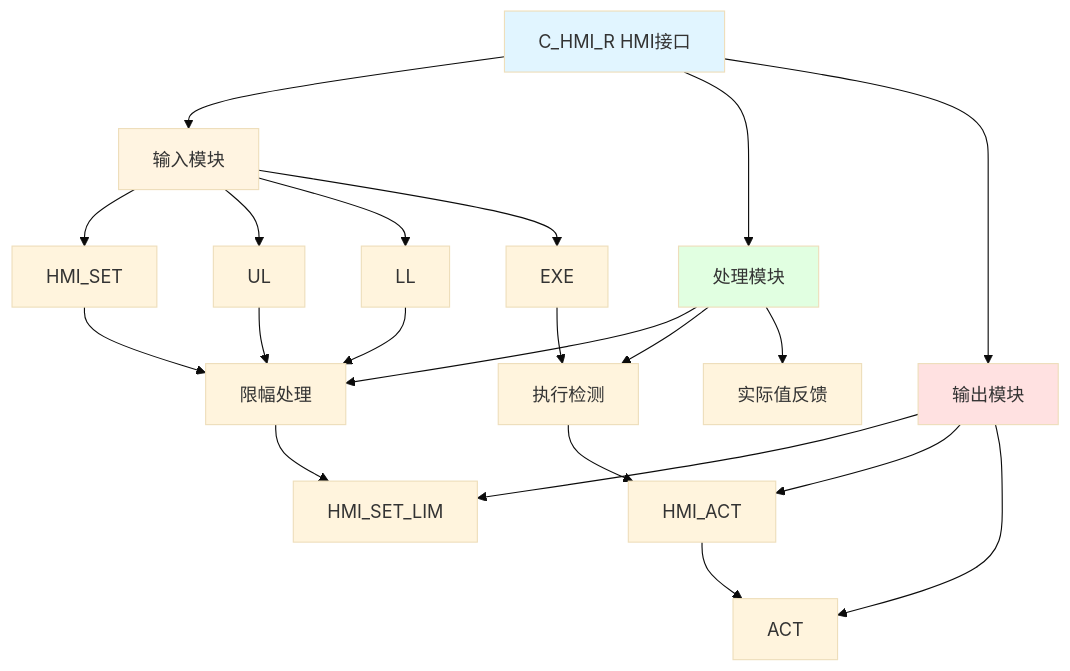
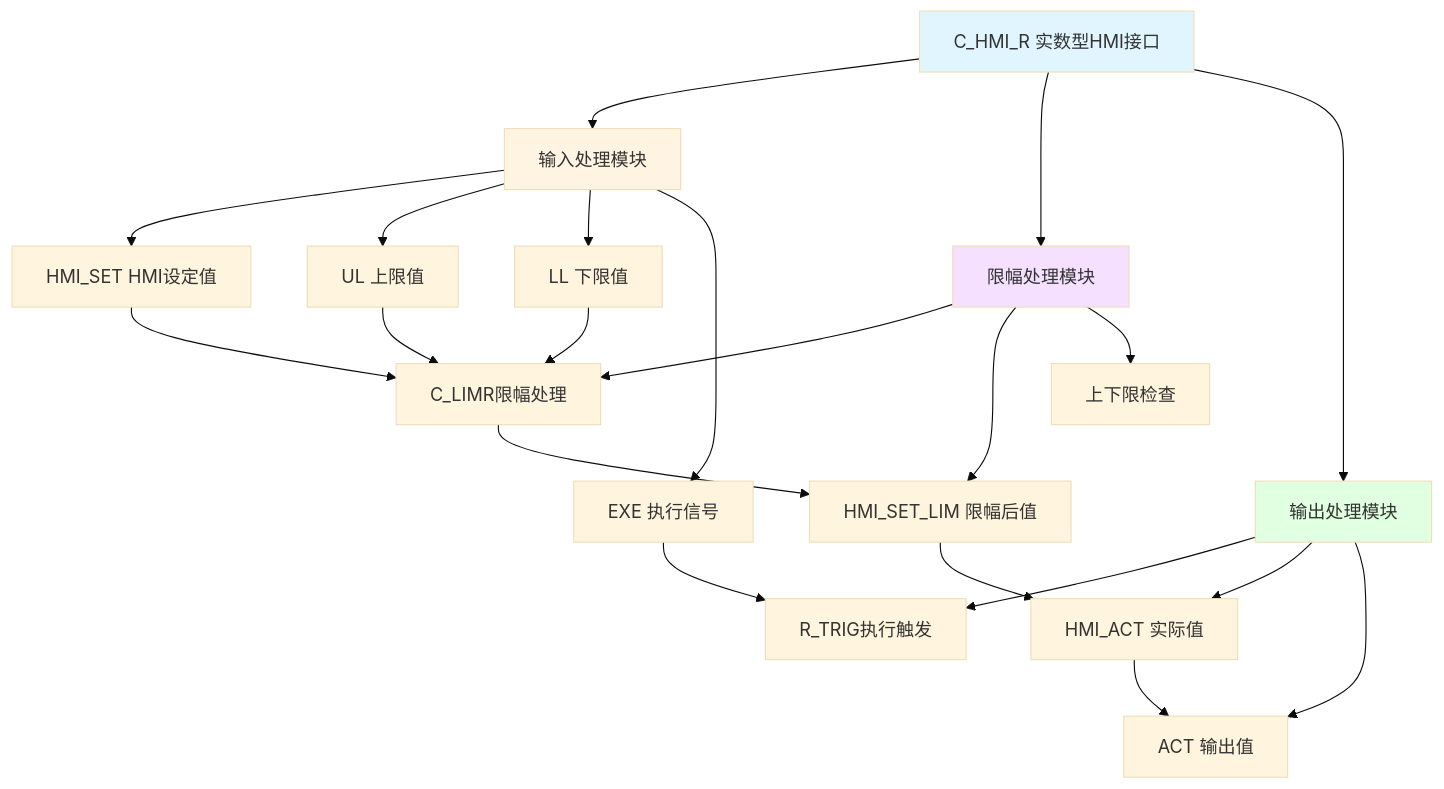
Before and after one commit to dlgt6/c: the diagram in C_HMI_R_分析报告.md, drawn with Mermaid (base theme). The commit also changed other lines of this file and 20 other files, not shown here.

````diff
--- a/C_HMI_R_分析报告.md
+++ b/C_HMI_R_分析报告.md
@@ -19,32 +31,32 @@
 ```mermaid
 graph TD
-    A[C_HMI_R HMI接口] --> B[输入模块]
-    A --> C[处理模块]
-    A --> D[输出模块]
+    A[C_HMI_R 实数型HMI接口] --> B[输入处理模块]
+    A --> C[限幅处理模块]
+    A --> D[输出处理模块]
     
-    B --> B1[HMI_SET]
-    B --> B2[UL]
-    B --> B3[LL]
-    B --> B4[EXE]
+    B --> B1[HMI_SET HMI设定值]
+    B --> B2[UL 上限值]
+    B --> B3[LL 下限值]
+    B --> B4[EXE 执行信号]
     
-    C --> C1[限幅处理]
-    C --> C2[执行检测]
-    C --> C3[实际值反馈]
+    C --> C1[C_LIMR限幅处理]
+    C --> C2[HMI_SET_LIM 限幅后值]
+    C --> C3[上下限检查]
     
-    D --> D1[HMI_SET_LIM]
-    D --> D2[HMI_ACT]
-    D --> D3[ACT]
+    D --> D1[R_TRIG执行触发]
+    D --> D2[HMI_ACT 实际值]
+    D --> D3[ACT 输出值]
     
     B1 --> C1
     B2 --> C1
     B3 --> C1
-    C1 --> D1
-    B4 --> C2
+    C1 --> C2
+    B4 --> D1
     C2 --> D2
     D2 --> D3
     
     style A fill:#e1f5ff
     style B fill:#fff4e1
-    style C fill:#e1ffe1
-    style D fill:#ffe1e1
+    style C fill:#f5e1ff
+    style D fill:#e1ffe1
 ```
````
